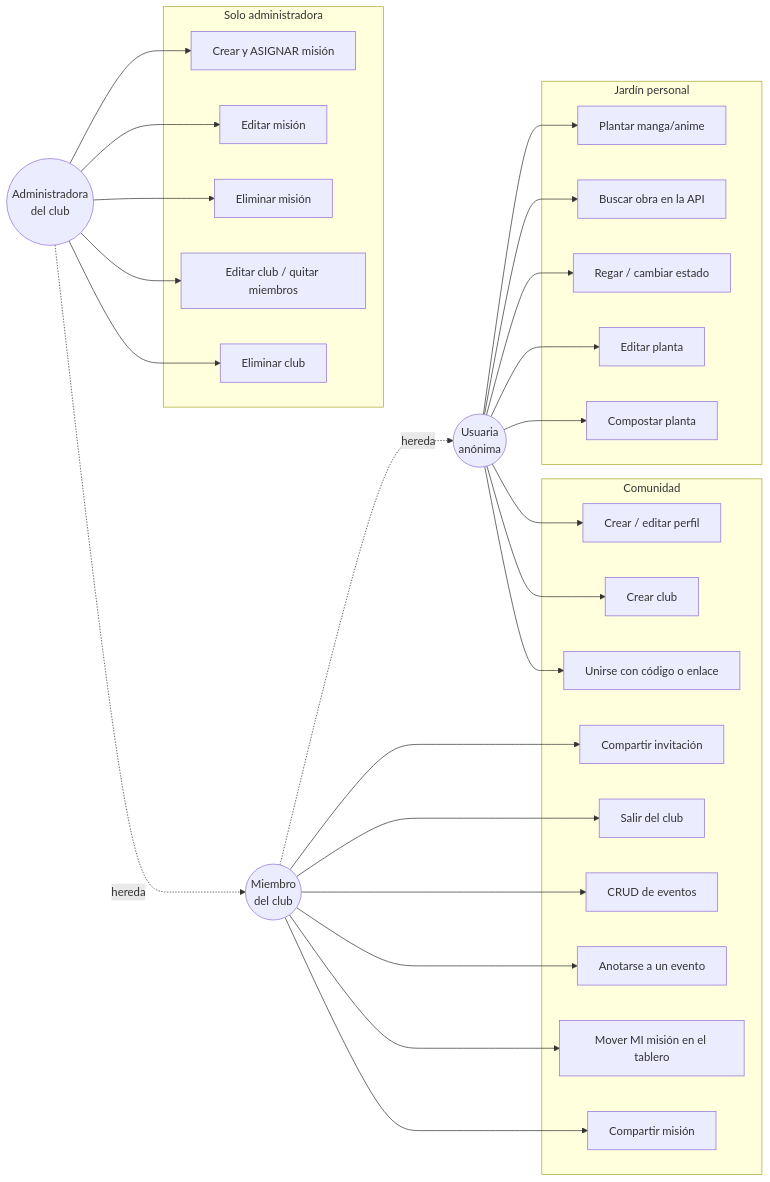
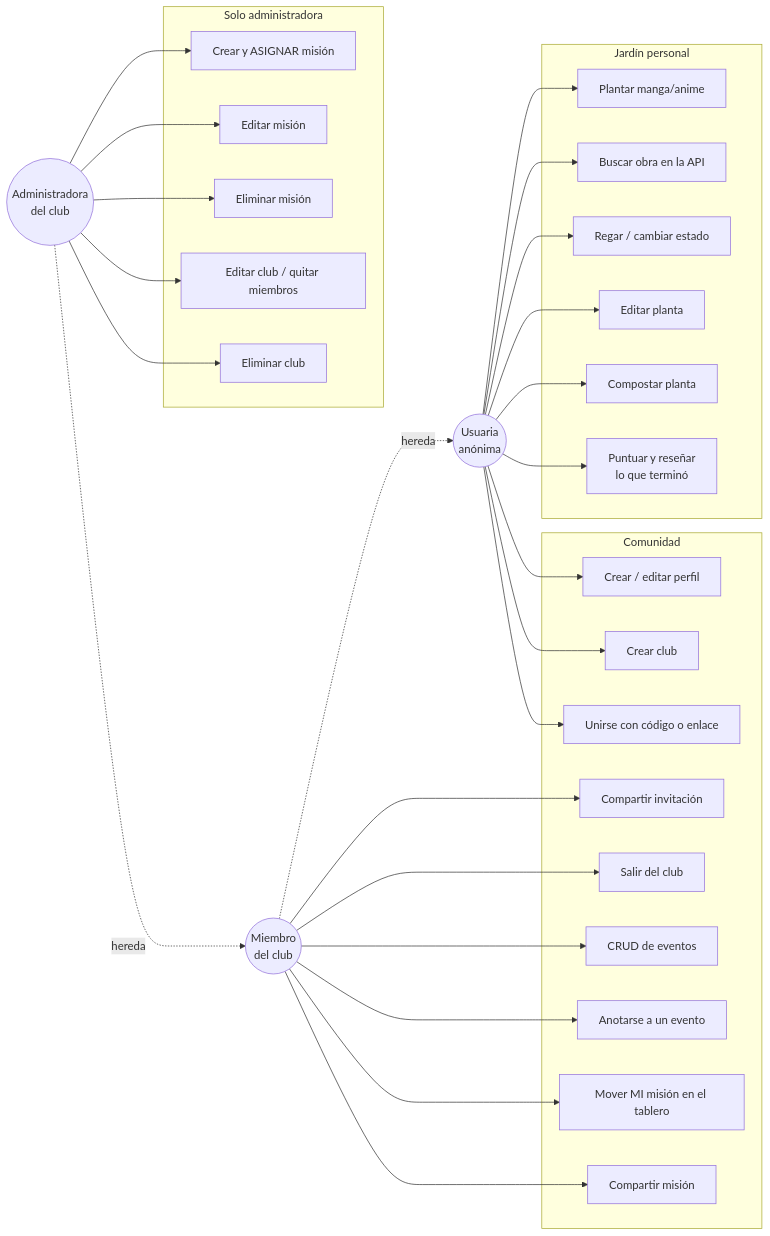
The first of 2 diagrams in docs/especificacion.md (serenaretrive02/jardin-de-manga), drawn with Mermaid before and after one commit. The commit also changed other lines of this file and 24 other files, not shown here.

````diff
--- a/docs/especificacion.md
+++ b/docs/especificacion.md
@@ -22,40 +22,41 @@
 ```mermaid
 flowchart LR
     U((Usuaria<br/>anónima))
     M((Miembro<br/>del club))
     A((Administradora<br/>del club))
 
     subgraph Jardín personal
       J1[Plantar manga/anime]
       J2[Buscar obra en la API]
       J3[Regar / cambiar estado]
       J4[Editar planta]
       J5[Compostar planta]
+      J6[Puntuar y reseñar<br/>lo que terminó]
     end
 
     subgraph Comunidad
       C1[Crear / editar perfil]
       C2[Crear club]
       C3[Unirse con código o enlace]
       C4[Compartir invitación]
       C5[Salir del club]
       E1[CRUD de eventos]
       E2[Anotarse a un evento]
       T1[Mover MI misión en el tablero]
       T2[Compartir misión]
     end
 
     subgraph Solo administradora
       T3[Crear y ASIGNAR misión]
       T4[Editar misión]
       T5[Eliminar misión]
       G1[Editar club / quitar miembros]
       G2[Eliminar club]
     end
 
-    U --> J1 & J2 & J3 & J4 & J5 & C1 & C2 & C3
+    U --> J1 & J2 & J3 & J4 & J5 & J6 & C1 & C2 & C3
     M --> C4 & C5 & E1 & E2 & T1 & T2
     A --> T3 & T4 & T5 & G1 & G2
     M -. hereda .-> U
     A -. hereda .-> M
 ```
````
